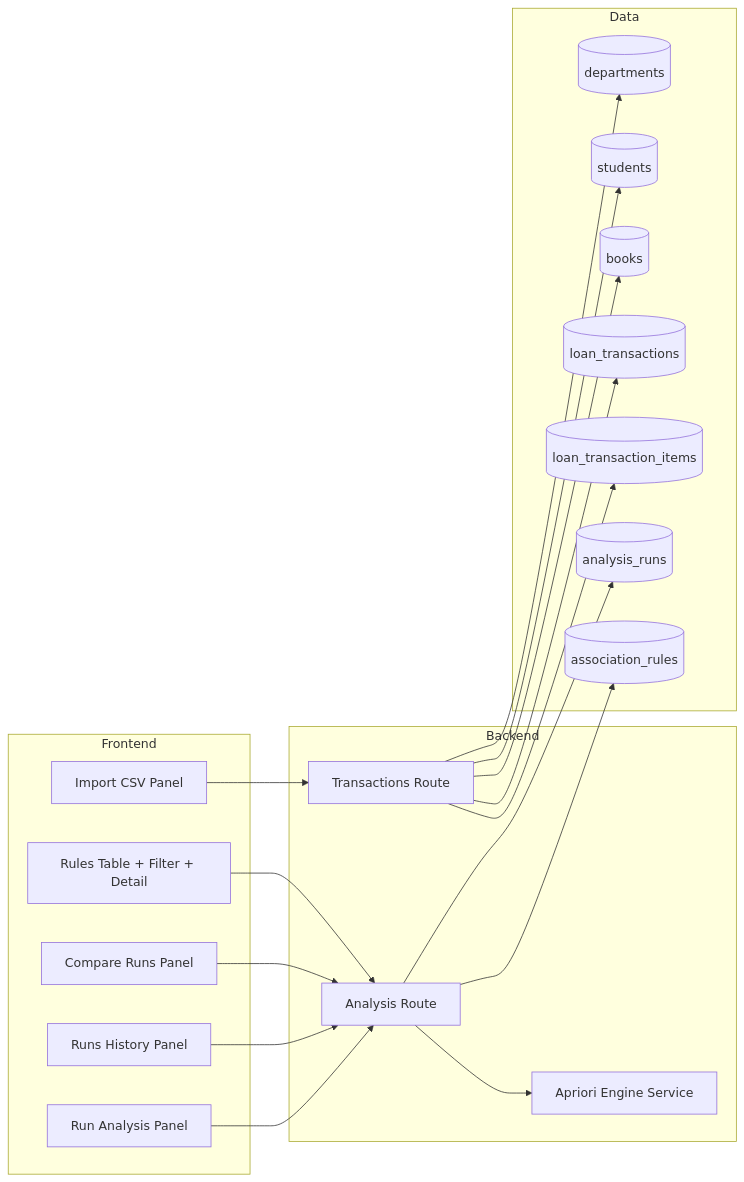
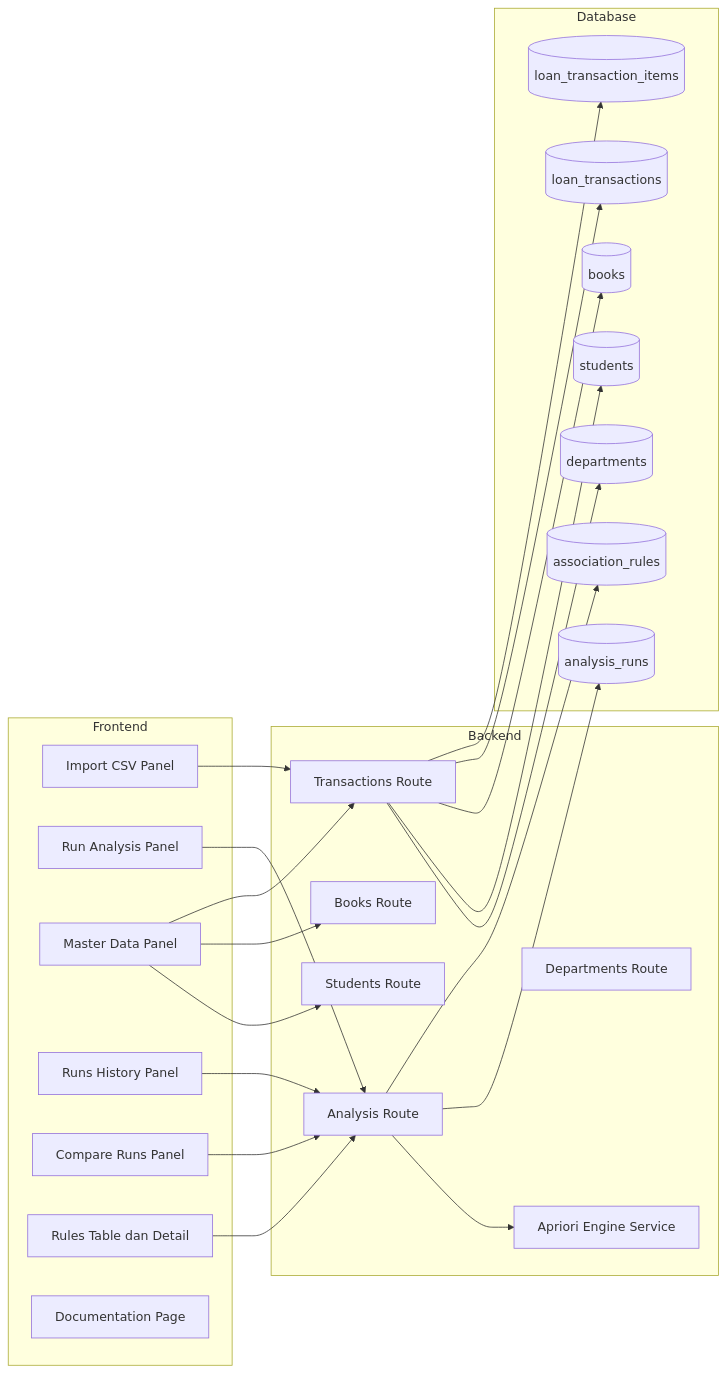
The ninth of 9 diagrams in frontend/public/docs/diagram_skripsi.md (aldamadz/algoritma-apriori), drawn with Mermaid before and after one commit. The commit also changed other lines of this file and 55 other files, not shown here.

````diff
--- a/frontend/public/docs/diagram_skripsi.md
+++ b/frontend/public/docs/diagram_skripsi.md
@@ -193,40 +191,48 @@
 ```mermaid
 flowchart LR
   subgraph Frontend
     A1[Import CSV Panel]
     A2[Run Analysis Panel]
-    A3[Runs History Panel]
-    A4[Compare Runs Panel]
-    A5[Rules Table + Filter + Detail]
+    A3[Master Data Panel]
+    A4[Runs History Panel]
+    A5[Compare Runs Panel]
+    A6[Rules Table dan Detail]
+    A7[Documentation Page]
   end
 
   subgraph Backend
     B1[Transactions Route]
     B2[Analysis Route]
-    B3[Apriori Engine Service]
+    B3[Students Route]
+    B4[Books Route]
+    B5[Departments Route]
+    B6[Apriori Engine Service]
   end
 
-  subgraph Data
+  subgraph Database
     C1[(departments)]
     C2[(students)]
     C3[(books)]
     C4[(loan_transactions)]
     C5[(loan_transaction_items)]
     C6[(analysis_runs)]
     C7[(association_rules)]
   end
 
   A1 --> B1
   A2 --> B2
-  A3 --> B2
+  A3 --> B3
+  A3 --> B4
+  A3 --> B1
   A4 --> B2
   A5 --> B2
-  B2 --> B3
+  A6 --> B2
+  B2 --> B6
   B1 --> C1
   B1 --> C2
   B1 --> C3
   B1 --> C4
   B1 --> C5
   B2 --> C6
   B2 --> C7
 ```
````
